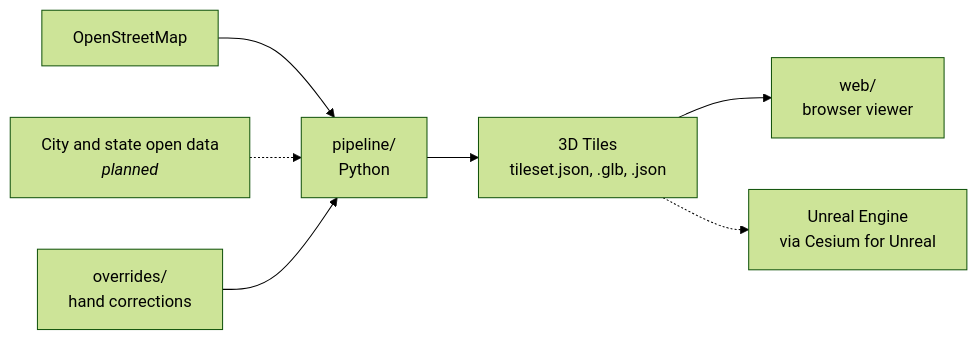
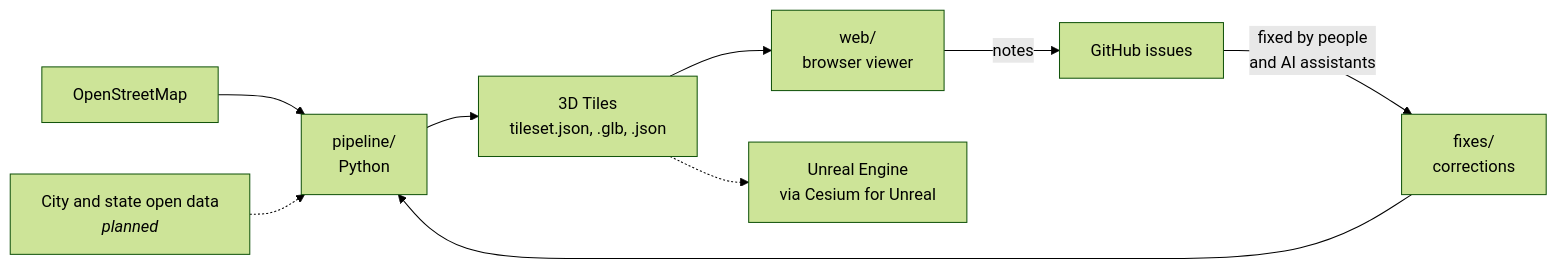
One commit to ohinai/boston-model changed the diagram in README.md. Above: the diagram before and after it, drawn with Mermaid (forest theme). The commit also changed other lines of this file and 7 other files, not shown here.

````diff
--- a/README.md
+++ b/README.md
@@ -72,9 +82,11 @@
 ```mermaid
 flowchart LR
     osm[OpenStreetMap] --> pipeline
     city[City and state open data<br/><i>planned</i>] -.-> pipeline
-    overrides[overrides/<br/>hand corrections] --> pipeline
+    fixes[fixes/<br/>corrections] --> pipeline
     pipeline[pipeline/<br/>Python] --> tiles[3D Tiles<br/>tileset.json, .glb, .json]
     tiles --> web[web/<br/>browser viewer]
     tiles -.-> unreal[Unreal Engine<br/>via Cesium for Unreal]
+    web -- notes --> tickets[GitHub issues]
+    tickets -- fixed by people<br/>and AI assistants --> fixes
 ```
````
